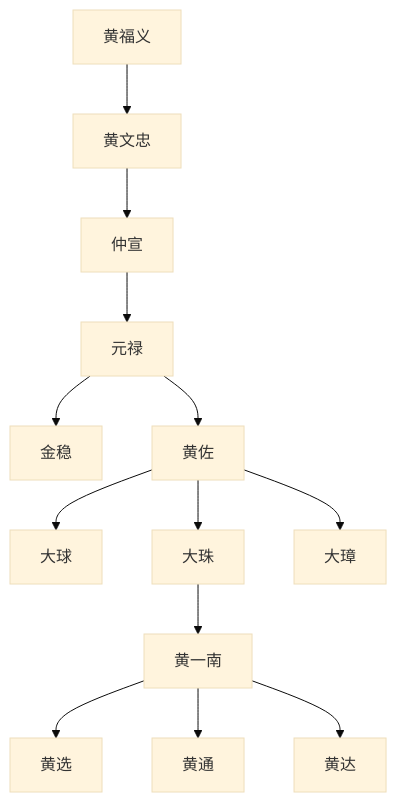
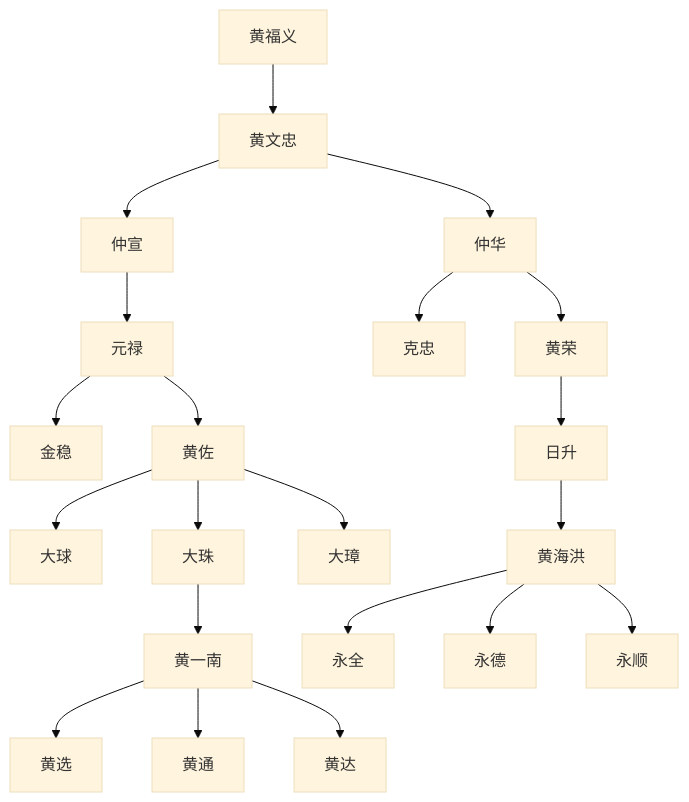
One commit to jeanim/jiapu changed the diagram in contents/chapter2.md. Above: the diagram before and after it, drawn with Mermaid (base theme).

```diff
--- a/contents/chapter2.md
+++ b/contents/chapter2.md
@@ -5,15 +5,23 @@
 {% mermaid %}
 graph TB;
   huangfuyi["黄福义"]-->huangwenzhong["黄文忠"];
   huangwenzhong["黄文忠"]-->zhongxuan["仲宣"];
   zhongxuan["仲宣"]-->yuanlu["元禄"];
   yuanlu["元禄"]-->jingwen["金稳"];
   yuanlu["元禄"]-->huangzuo["黄佐"];
   huangzuo["黄佐"]-->daqiu["大球"];
   huangzuo["黄佐"]-->dazhu["大珠"];
   dazhu["大珠"]-->huangyinan["黄一南"];
   huangyinan["黄一南"]-->huangxuan["黄选"];
   huangyinan["黄一南"]-->huangtong["黄通"];
   huangyinan["黄一南"]-->huangda["黄达"];
   huangzuo["黄佐"]-->dazhang["大璋"];
+  huangwenzhong["黄文忠"]-->zhonghua["仲华"];
+  zhonghua["仲华"]-->kezhong["克忠"];
+  zhonghua["仲华"]-->huangrong["黄荣"];
+  huangrong["黄荣"]-->risheng["日升"];
+  risheng["日升"]-->huanghaihong["黄海洪"];
+  huanghaihong["黄海洪"]-->yongquan["永全"];
+  huanghaihong["黄海洪"]-->yongde["永德"];
+  huanghaihong["黄海洪"]-->yongshun["永顺"];  
 {% endmermaid %}
```
